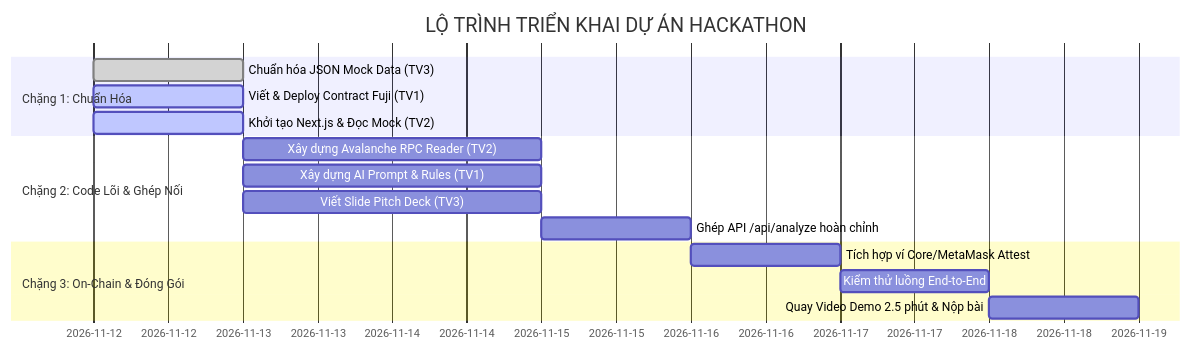
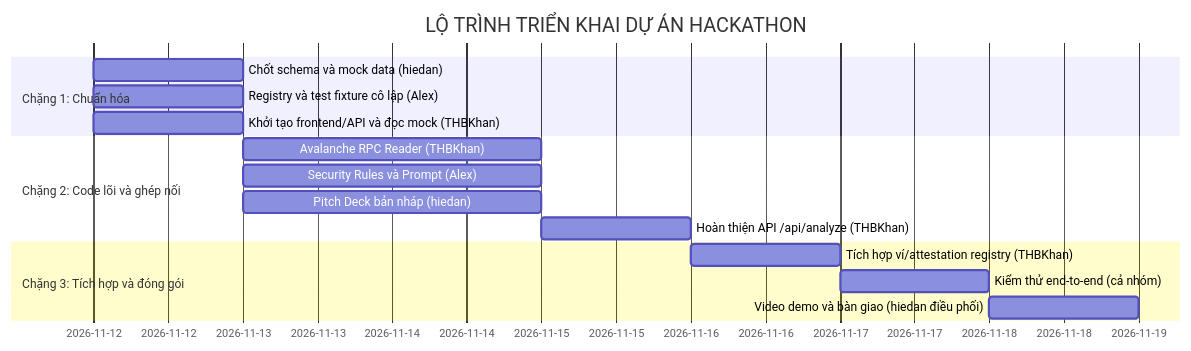
Before and after one commit to THBKhan/avalanche-security-triage: the diagram in PhanCong.md, drawn with Mermaid. The commit also changed other lines of this file, not shown here.

````diff
--- a/PhanCong.md
+++ b/PhanCong.md
@@ -135,18 +154,18 @@
 ```mermaid
 gantt
     title LỘ TRÌNH TRIỂN KHAI DỰ ÁN HACKATHON
     dateFormat  YYYY-MM-DD
-    section Chặng 1: Chuẩn Hóa
-    Chuẩn hóa JSON Mock Data (TV3)      :done, c1_1, 2026-11-12, 1d
-    Viết & Deploy Contract Fuji (TV1)    :active, c1_2, 2026-11-12, 1d
-    Khởi tạo Next.js & Đọc Mock (TV2)   :active, c1_3, 2026-11-12, 1d
-    section Chặng 2: Code Lõi & Ghép Nối
-    Xây dựng Avalanche RPC Reader (TV2) :c2_1, after c1_1, 1.5d
-    Xây dựng AI Prompt & Rules (TV1)    :c2_2, after c1_2, 1.5d
-    Viết Slide Pitch Deck (TV3)         :c2_3, after c1_1, 1.5d
-    Ghép API /api/analyze hoàn chỉnh     :c2_4, after c2_1, 1d
-    section Chặng 3: On-Chain & Đóng Gói
-    Tích hợp ví Core/MetaMask Attest    :c3_1, after c2_4, 1d
-    Kiểm thử luồng End-to-End           :c3_2, after c3_1, 0.5d
-    Quay Video Demo 2.5 phút & Nộp bài  :c3_3, after c3_2, 1d
+    section Chặng 1: Chuẩn hóa
+    Chốt schema và mock data (hiedan)          :c1_1, 2026-11-12, 1d
+    Registry và test fixture cô lập (Alex)     :c1_2, 2026-11-12, 1d
+    Khởi tạo frontend/API và đọc mock (THBKhan):c1_3, 2026-11-12, 1d
+    section Chặng 2: Code lõi và ghép nối
+    Avalanche RPC Reader (THBKhan)             :c2_1, after c1_1, 1.5d
+    Security Rules và Prompt (Alex)             :c2_2, after c1_2, 1.5d
+    Pitch Deck bản nháp (hiedan)                :c2_3, after c1_1, 1.5d
+    Hoàn thiện API /api/analyze (THBKhan)       :c2_4, after c2_1, 1d
+    section Chặng 3: Tích hợp và đóng gói
+    Tích hợp ví/attestation registry (THBKhan)  :c3_1, after c2_4, 1d
+    Kiểm thử end-to-end (cả nhóm)               :c3_2, after c3_1, 0.5d
+    Video demo và bàn giao (hiedan điều phối)   :c3_3, after c3_2, 1d
 ```
````
